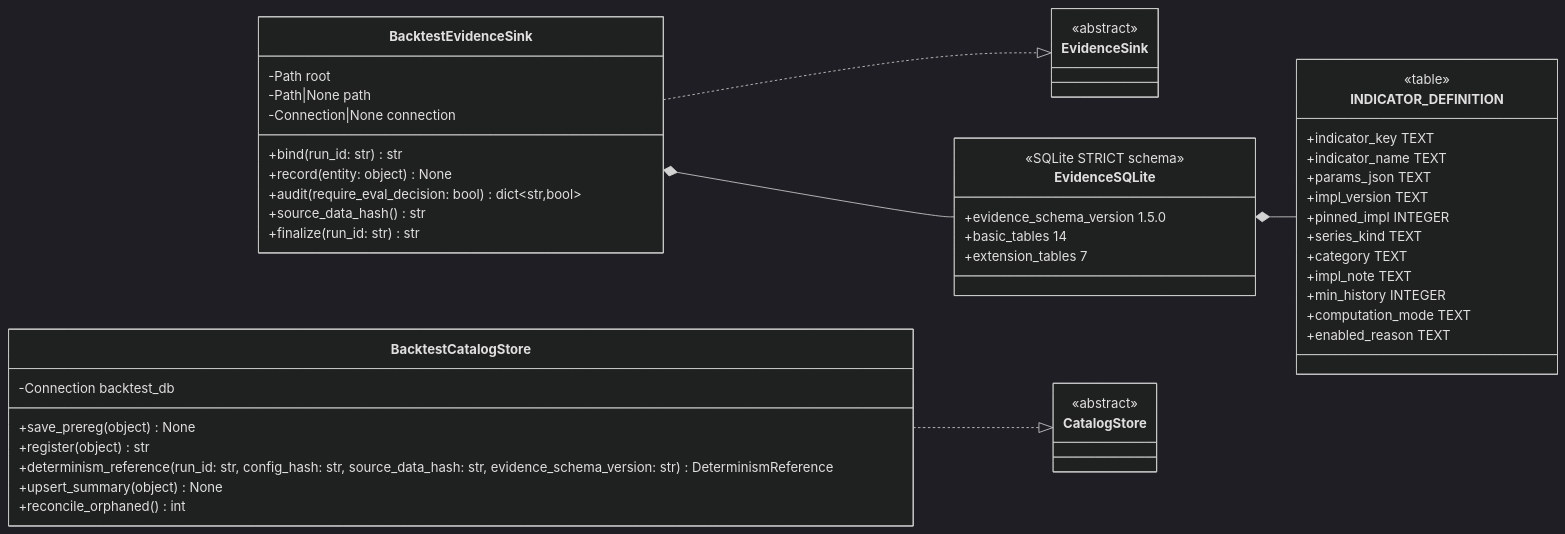
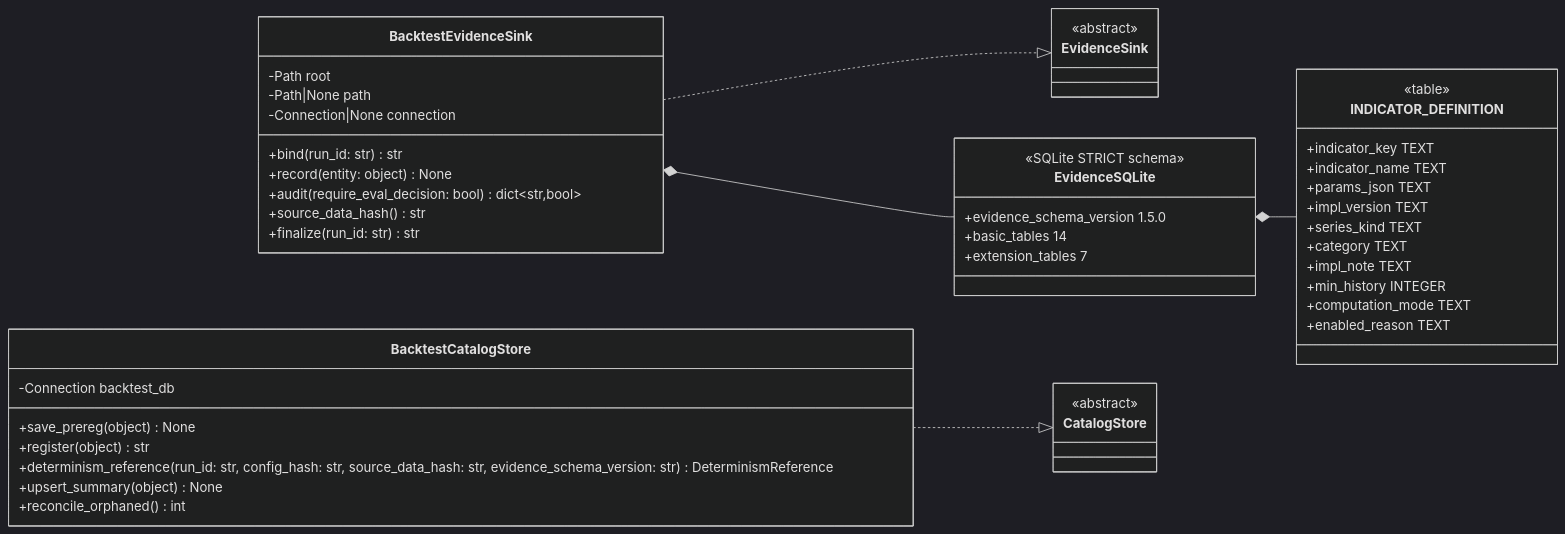
One commit to vessel35/trading-system-v2 changed diagram 33 of 38 in docs/fullspec/backtest_v2_detailed_design.md. Above: the diagram before and after it, drawn with Mermaid (dark theme). The commit also changed 15 other files, not shown here.

First line of the commit message:
refactor(evidence): 뜻 없는 pinned_impl 참거짓 열을 없앤다

````diff
--- a/docs/fullspec/backtest_v2_detailed_design.md
+++ b/docs/fullspec/backtest_v2_detailed_design.md
@@ -4108,48 +4108,47 @@
 ```mermaid
 classDiagram
     direction LR
     class EvidenceSink { <<abstract>> }
     class CatalogStore { <<abstract>> }
     class BacktestEvidenceSink {
         -Path root
         -Path|None path
         -Connection|None connection
         +bind(run_id: str) str
         +record(entity: object) None
         +audit(require_eval_decision: bool) dict~str,bool~
         +source_data_hash() str
         +finalize(run_id: str) str
     }
     class BacktestCatalogStore {
         -Connection backtest_db
         +save_prereg(object) None
         +register(object) str
         +determinism_reference(run_id: str, config_hash: str, source_data_hash: str, evidence_schema_version: str) DeterminismReference
         +upsert_summary(object) None
         +reconcile_orphaned() int
     }
     class EvidenceSQLite {
         <<SQLite STRICT schema>>
         +evidence_schema_version 1.5.0
         +basic_tables 14
         +extension_tables 7
     }
     class INDICATOR_DEFINITION {
         <<table>>
         +indicator_key TEXT
         +indicator_name TEXT
         +params_json TEXT
         +impl_version TEXT
-        +pinned_impl INTEGER
         +series_kind TEXT
         +category TEXT
         +impl_note TEXT
         +min_history INTEGER
         +computation_mode TEXT
         +enabled_reason TEXT
     }
     BacktestEvidenceSink ..|> EvidenceSink
     BacktestCatalogStore ..|> CatalogStore
     BacktestEvidenceSink *-- EvidenceSQLite
     EvidenceSQLite *-- INDICATOR_DEFINITION
 ```
````
